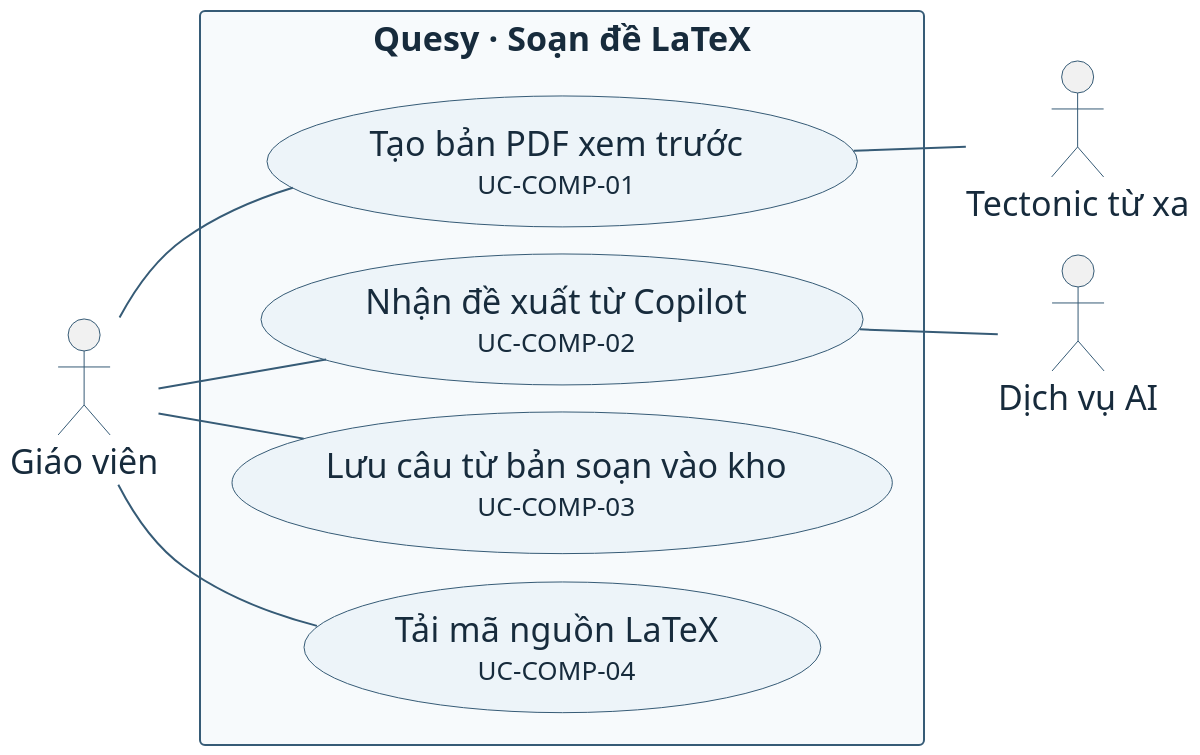
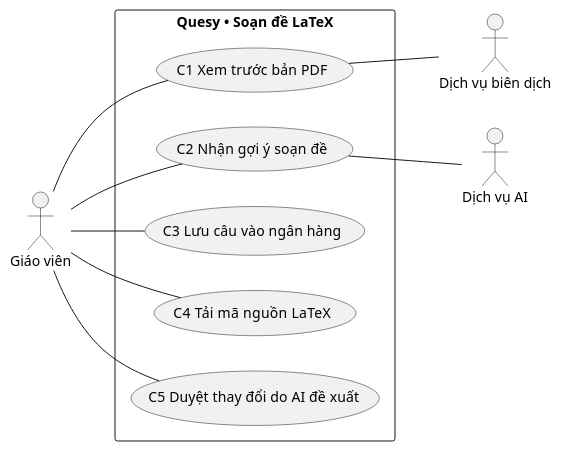
One commit to ngnsusinn/quesy changed the diagram in docs/bao_cao_hien_trang/plantuml/uc_composer.puml. Above: the diagram before and after it, drawn with PlantUML. The commit also changed 24 other files, not shown here.

Commit message:
docs: rewrite Quesy system reports with default PlantUML diagrams

```diff
--- a/docs/bao_cao_hien_trang/plantuml/uc_composer.puml
+++ b/docs/bao_cao_hien_trang/plantuml/uc_composer.puml
@@ -1,38 +1,20 @@
 @startuml
-skinparam backgroundColor white
-skinparam defaultFontName Segoe UI
-skinparam defaultFontSize 17
-skinparam shadowing false
-skinparam ArrowColor #365B76
-skinparam defaultFontColor #172B3C
-skinparam nodesep 24
-skinparam ranksep 26
-scale 2
-skinparam usecaseBackgroundColor #EDF4F9
-skinparam usecaseBorderColor #365B76
-skinparam actorBorderColor #365B76
-skinparam rectangleBackgroundColor #F7FAFC
-skinparam rectangleBorderColor #365B76
-skinparam nodesep 14
-skinparam ranksep 37
-
 left to right direction
-actor "Giáo viên" as Teacher
-rectangle "Quesy · Soạn đề LaTeX" {
-  usecase "Tạo bản PDF xem trước\n<size:13>UC-COMP-01</size>" as U1
-  usecase "Nhận đề xuất từ Copilot\n<size:13>UC-COMP-02</size>" as U2
-  usecase "Lưu câu từ bản soạn vào kho\n<size:13>UC-COMP-03</size>" as U3
-  usecase "Tải mã nguồn LaTeX\n<size:13>UC-COMP-04</size>" as U4
+actor "Giáo viên" as T
+rectangle "Quesy • Soạn đề LaTeX" {
+  usecase "C1  Xem trước bản PDF" as C1
+  usecase "C2  Nhận gợi ý soạn đề" as C2
+  usecase "C3  Lưu câu vào ngân hàng" as C3
+  usecase "C4  Tải mã nguồn LaTeX" as C4
+  usecase "C5  Duyệt thay đổi do AI đề xuất" as C5
 }
-actor "Tectonic từ xa" as Compiler
+T -- C1
+T -- C2
+T -- C3
+T -- C4
+T -- C5
 actor "Dịch vụ AI" as AI
-Teacher -- U1
-U1 -- Compiler
-Teacher -- U2
-U2 -- AI
-Teacher -- U3
-Teacher -- U4
-U2 -[hidden]right- U1
-U3 -[hidden]right- U2
-U4 -[hidden]right- U3
+C2 -- AI
+actor "Dịch vụ biên dịch" as TeX
+C1 -- TeX
 @enduml
```
